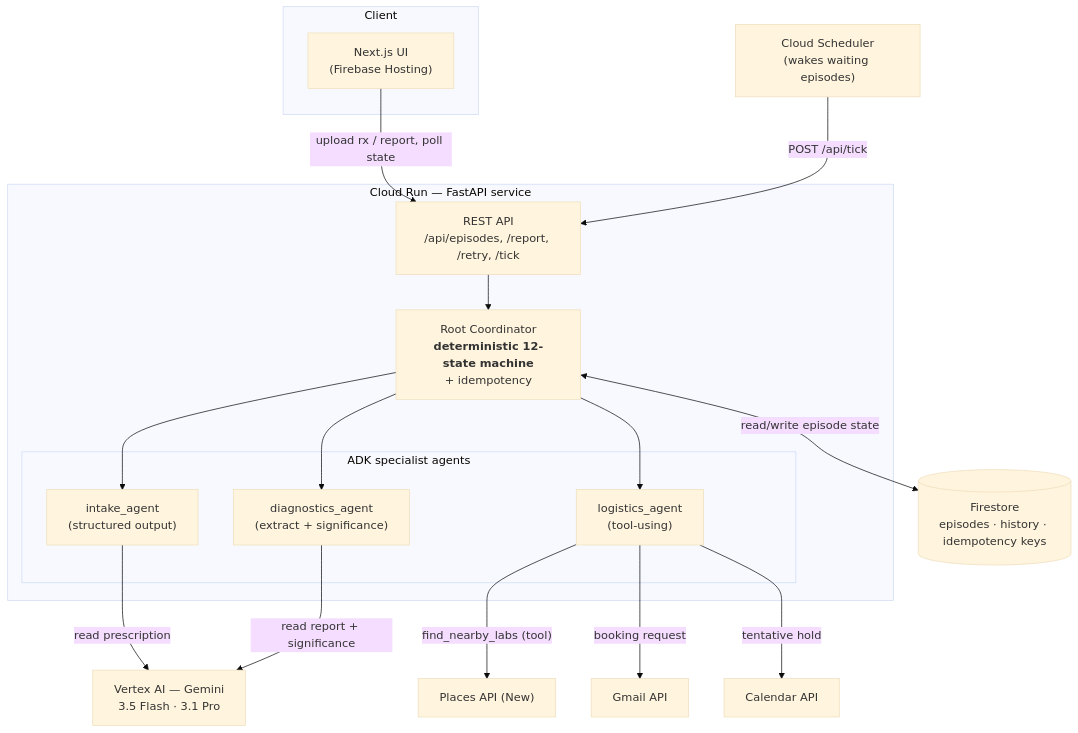
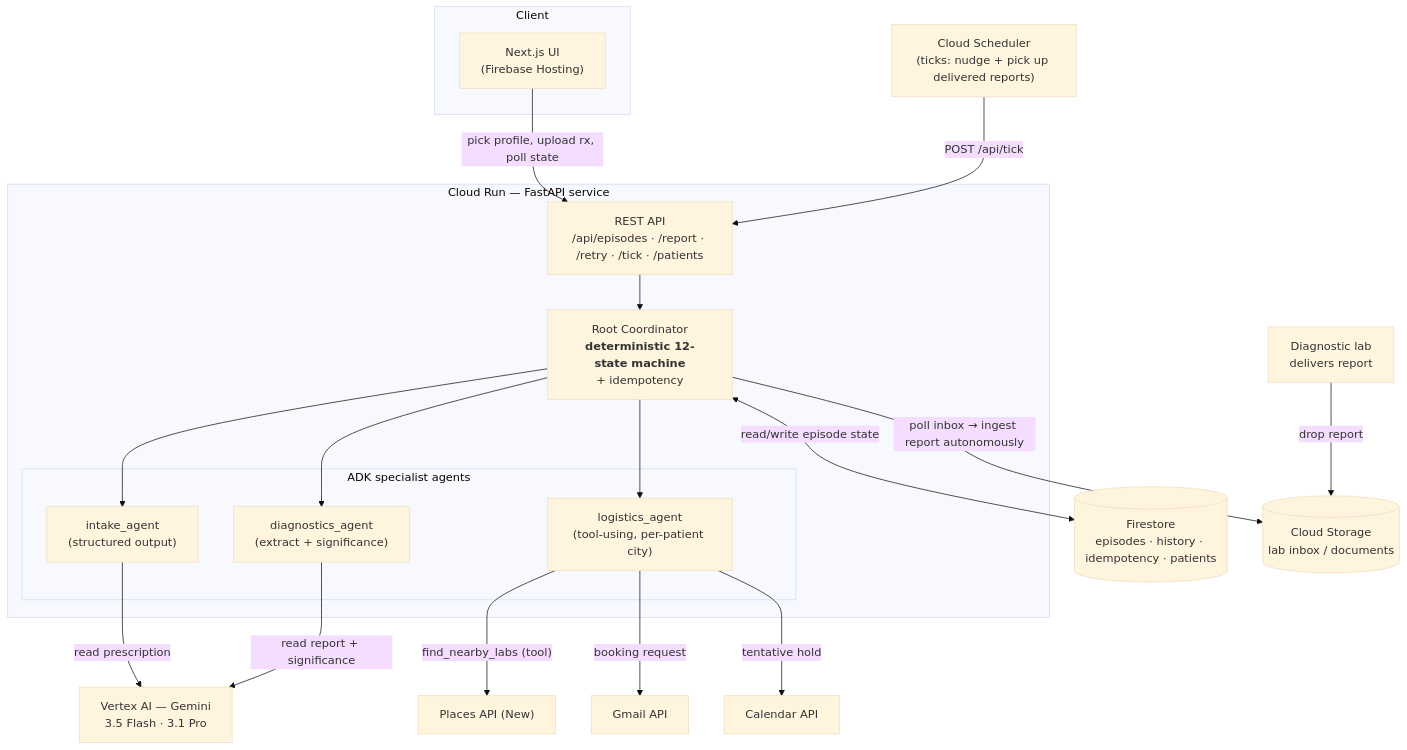
The first of 2 diagrams in ARCHITECTURE.md (Kali-Decoder/care-episodes), drawn with Mermaid (base theme) before and after one commit. The commit also changed other lines of this file and 1 other file, not shown here.

Commit message:
docs: update README + ARCHITECTURE for autonomous report pickup and multi-patient profiles

````diff
--- a/ARCHITECTURE.md
+++ b/ARCHITECTURE.md
@@ -15,37 +17,41 @@
 ```mermaid
 flowchart TB
     subgraph client [Client]
       UI["Next.js UI<br/>(Firebase Hosting)"]
     end
 
-    SCHED["Cloud Scheduler<br/>(wakes waiting episodes)"]
+    SCHED["Cloud Scheduler<br/>(ticks: nudge + pick up delivered reports)"]
+    LAB["Diagnostic lab<br/>delivers report"]
 
     subgraph run [Cloud Run — FastAPI service]
-      API["REST API<br/>/api/episodes, /report, /retry, /tick"]
+      API["REST API<br/>/api/episodes · /report · /retry · /tick · /patients"]
       COORD["Root Coordinator<br/><b>deterministic 12-state machine</b><br/>+ idempotency"]
       subgraph adk [ADK specialist agents]
         INTAKE["intake_agent<br/>(structured output)"]
-        LOG["logistics_agent<br/>(tool-using)"]
+        LOG["logistics_agent<br/>(tool-using, per-patient city)"]
         DIAG["diagnostics_agent<br/>(extract + significance)"]
       end
     end
 
-    FS[("Firestore<br/>episodes · history · idempotency keys")]
+    FS[("Firestore<br/>episodes · history · idempotency · patients")]
+    GCS[("Cloud Storage<br/>lab inbox / documents")]
     VERTEX["Vertex AI — Gemini<br/>3.5 Flash · 3.1 Pro"]
     PLACES["Places API (New)"]
     GMAIL["Gmail API"]
     CAL["Calendar API"]
 
-    UI -->|"upload rx / report, poll state"| API
+    UI -->|"pick profile, upload rx, poll state"| API
     SCHED -->|"POST /api/tick"| API
+    LAB -->|"drop report"| GCS
     API --> COORD
     COORD --> INTAKE
     COORD --> LOG
     COORD --> DIAG
     COORD <-->|"read/write episode state"| FS
+    COORD -->|"poll inbox → ingest report autonomously"| GCS
     INTAKE -->|"read prescription"| VERTEX
     DIAG -->|"read report + significance"| VERTEX
     LOG -->|"find_nearby_labs (tool)"| PLACES
     LOG -->|"booking request"| GMAIL
     LOG -->|"tentative hold"| CAL
 ```
````
